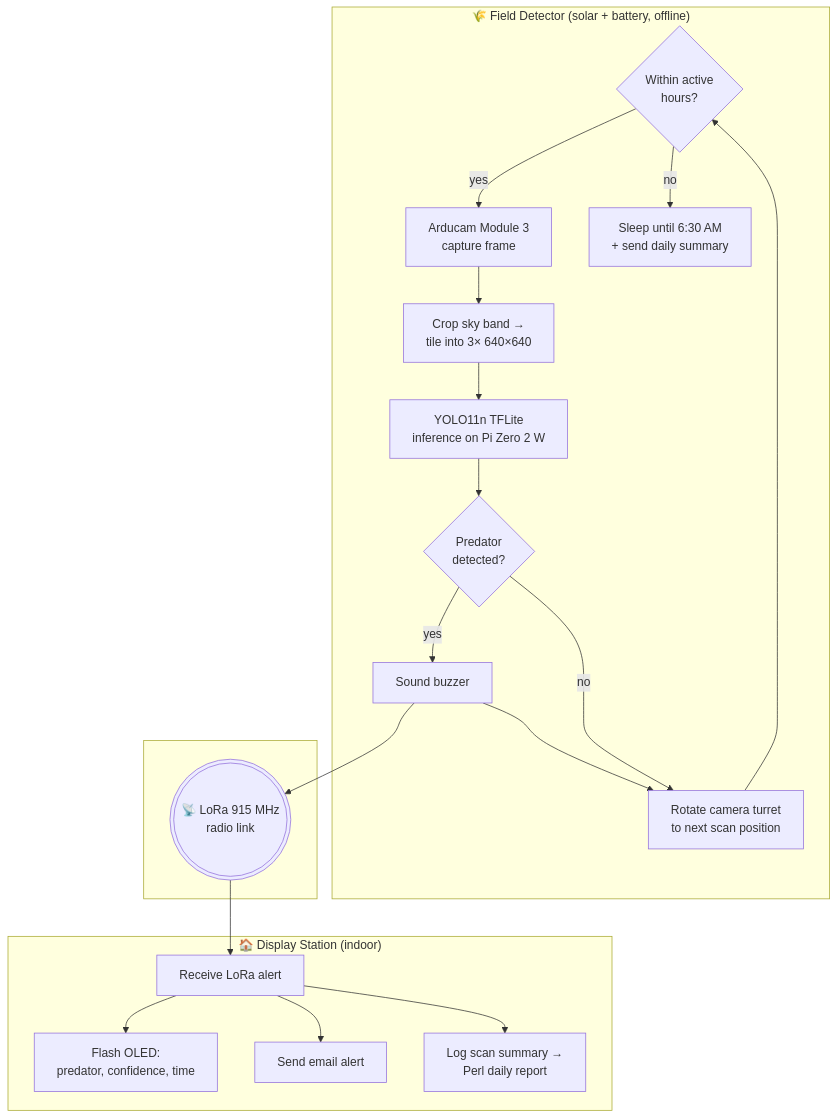
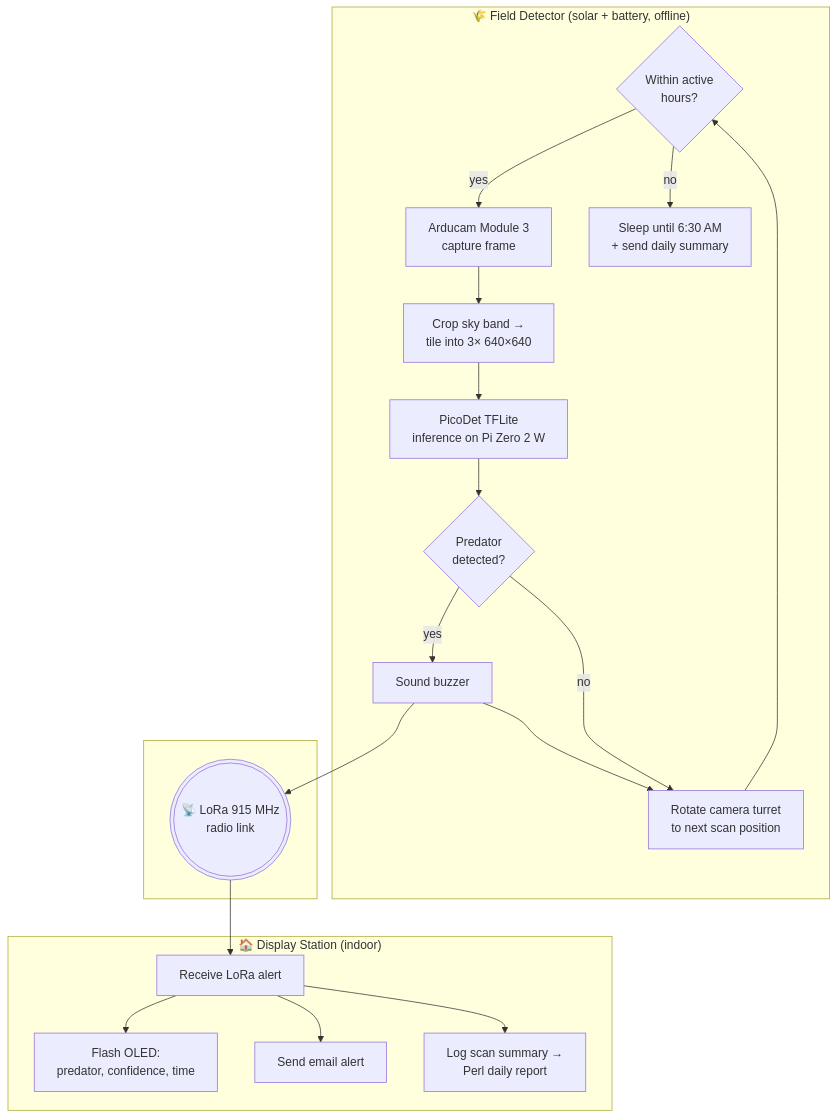
One commit to JZVince/spotpredator changed the diagram in README.md. Above: the diagram before and after it, drawn with Mermaid. The commit also changed other lines of this file and 4 other files, not shown here.

Commit message:
License change after switch model from YOLO11 to PicoDet

````diff
--- a/README.md
+++ b/README.md
@@ -106,36 +107,36 @@
 ```mermaid
 flowchart TD
     subgraph FIELD["🌾 Field Detector (solar + battery, offline)"]
         SCHED{Within active<br/>hours?}
         CAM[Arducam Module 3<br/>capture frame]
         CROP[Crop sky band →<br/>tile into 3× 640×640]
-        YOLO[YOLO11n TFLite<br/>inference on Pi Zero 2 W]
+        YOLO[PicoDet TFLite<br/>inference on Pi Zero 2 W]
         HIT{Predator<br/>detected?}
         BUZZ[Sound buzzer]
         MOTOR[Rotate camera turret<br/>to next scan position]
         SLEEP[Sleep until 6:30 AM<br/>+ send daily summary]
     end
 
     subgraph LINK[" "]
         LORA(((📡 LoRa 915 MHz<br/>radio link)))
     end
 
     subgraph HOME["🏠 Display Station (indoor)"]
         RX[Receive LoRa alert]
         OLED[Flash OLED:<br/>predator, confidence, time]
         EMAIL[Send email alert]
         REPORT[Log scan summary →<br/>Perl daily report]
     end
 
     SCHED -- yes --> CAM
     SCHED -- no --> SLEEP
     CAM --> CROP --> YOLO --> HIT
     HIT -- yes --> BUZZ --> LORA
     HIT -- no --> MOTOR
     BUZZ --> MOTOR
     MOTOR --> SCHED
     LORA --> RX
     RX --> OLED
     RX --> EMAIL
     RX --> REPORT
 ```
````
